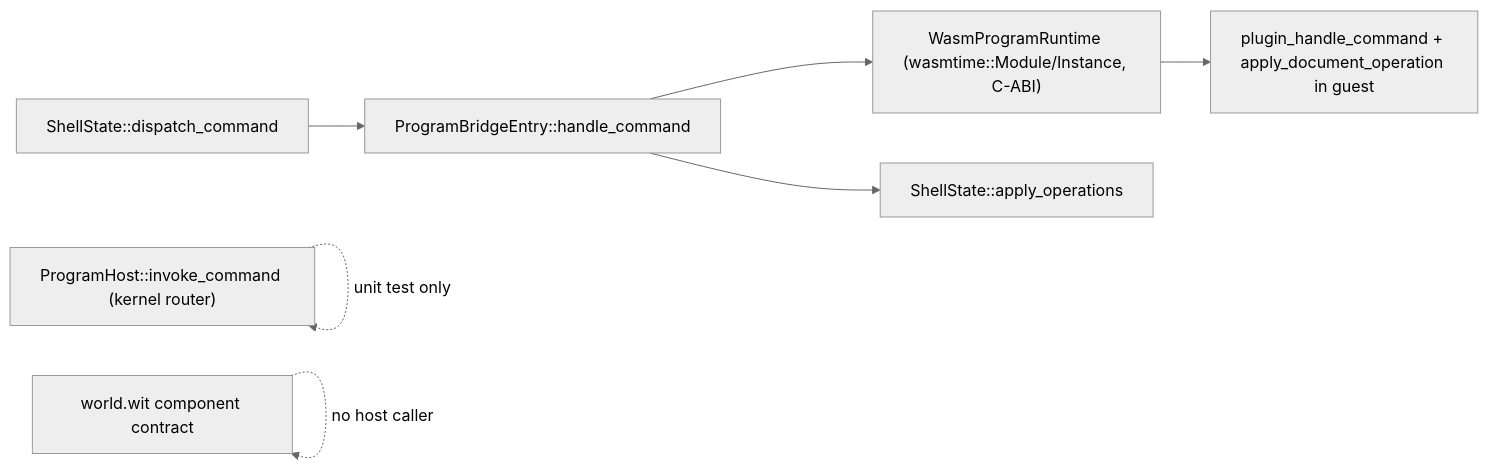
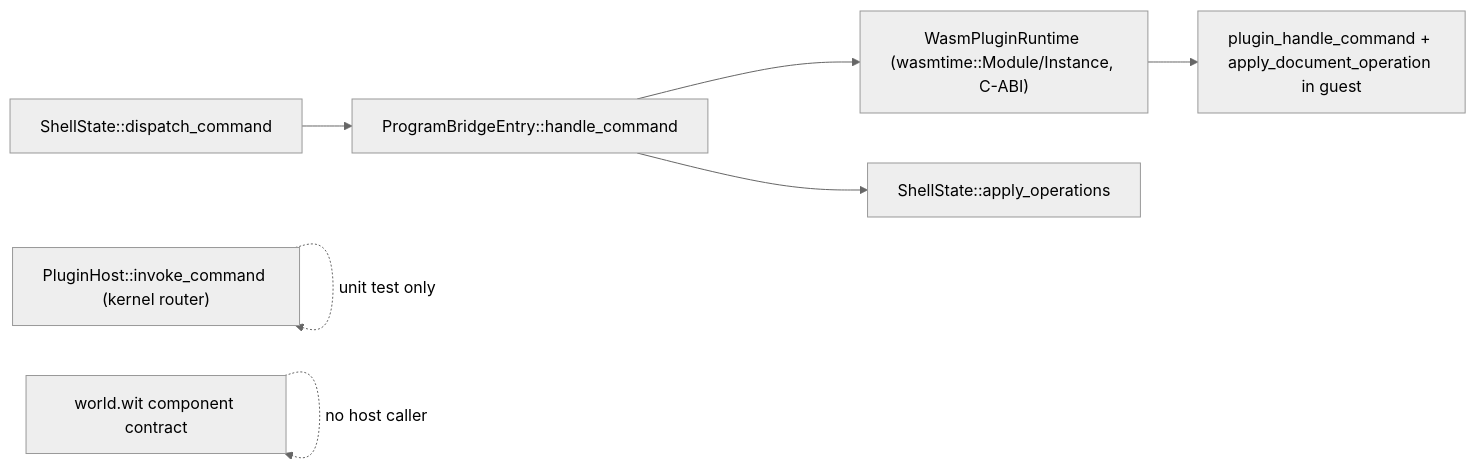
One commit to usalu/semio changed the diagram in .cursor/plans/remove_plugin_abi_legacy_41114edb.plan.md. Above: the diagram before and after it, drawn with Mermaid (neutral theme). The commit also changed other lines of this file and 663 other files, not shown here.

````diff
--- a/.cursor/plans/remove_plugin_abi_legacy_41114edb.plan.md
+++ b/.cursor/plans/remove_plugin_abi_legacy_41114edb.plan.md
@@ -44,9 +44,9 @@
 ```mermaid
 flowchart LR
   UI[ShellState::dispatch_command] --> PB[ProgramBridgeEntry::handle_command]
-  PB --> RT["WasmProgramRuntime (wasmtime::Module/Instance, C-ABI)"]
+  PB --> RT["WasmPluginRuntime (wasmtime::Module/Instance, C-ABI)"]
   RT --> GUEST["plugin_handle_command + apply_document_operation in guest"]
   PB --> OPS[ShellState::apply_operations]
-  KERNEL["ProgramHost::invoke_command (kernel router)"] -.unit test only.-> KERNEL
+  KERNEL["PluginHost::invoke_command (kernel router)"] -.unit test only.-> KERNEL
   WIT["world.wit component contract"] -.no host caller.-> WIT
 ```
````
